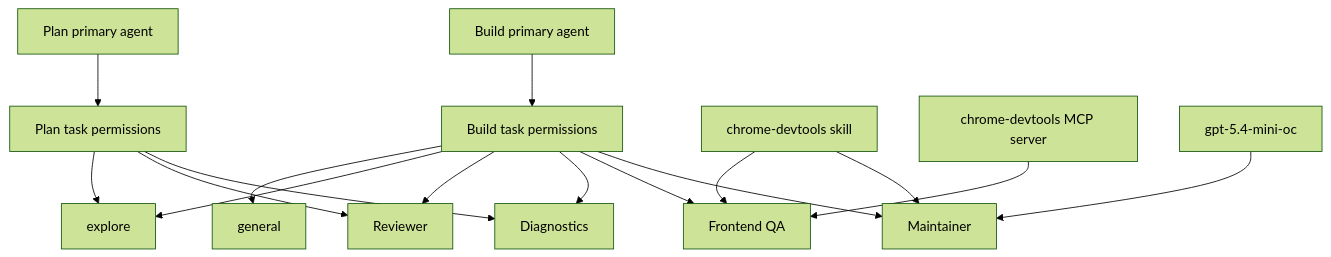
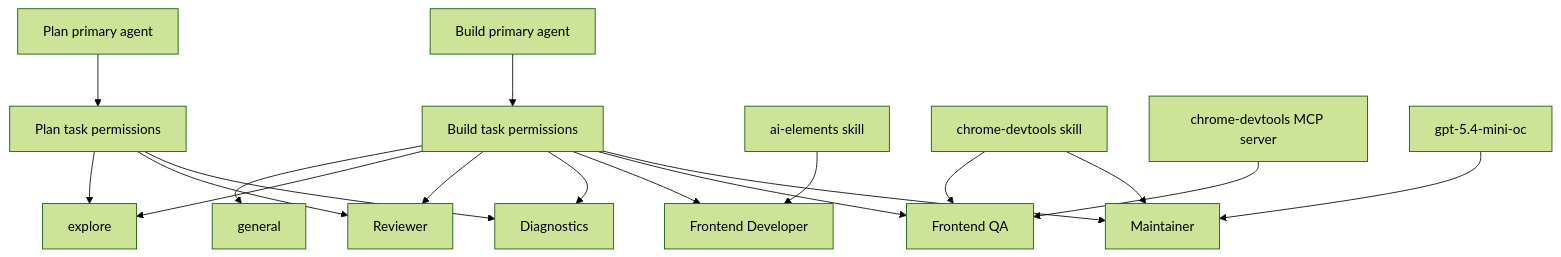
The diagram in docs/opencode-agents/README.md (AKahouli/Pyodide), drawn with Mermaid (forest theme) before and after one commit. The commit also changed other lines of this file and 82 other files, not shown here.

````diff
--- a/docs/opencode-agents/README.md
+++ b/docs/opencode-agents/README.md
@@ -27,18 +28,20 @@
 ```mermaid
 flowchart TD
     A[Build primary agent] --> B[Build task permissions]
     B --> C[general]
     B --> D[explore]
     B --> E[Reviewer]
     B --> F[Diagnostics]
-    B --> G[Frontend QA]
-    B --> H[Maintainer]
+    B --> G[Frontend Developer]
+    B --> H[Frontend QA]
+    B --> I[Maintainer]
     P[Plan primary agent] --> Q[Plan task permissions]
     Q --> D
     Q --> E
     Q --> F
-    R[chrome-devtools skill] --> G
-    R --> H
-    S[chrome-devtools MCP server] --> G
-    T[gpt-5.4-mini-oc] --> H
+    R[ai-elements skill] --> G
+    S[chrome-devtools skill] --> H
+    S --> I
+    T[chrome-devtools MCP server] --> H
+    U[gpt-5.4-mini-oc] --> I
 ```
````
